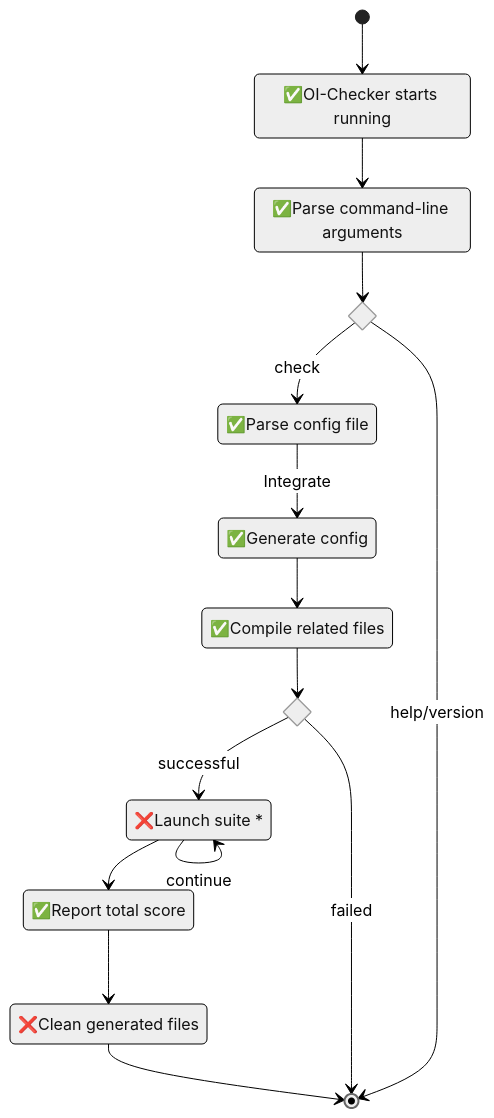
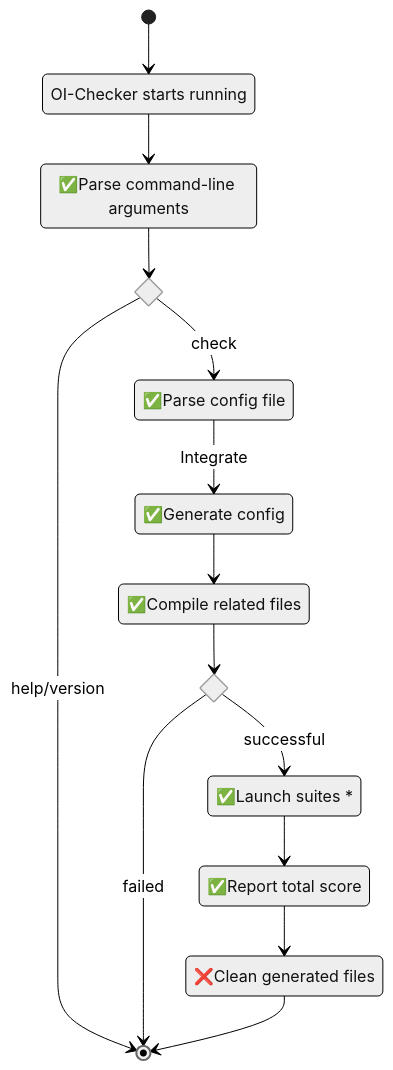
The diagram in state_diagrams/overview.mmd (cup113/oi_checker), drawn with Mermaid (neutral theme) before and after one commit. The commit also changed 17 other files, not shown here.

```diff
--- a/state_diagrams/overview.mmd
+++ b/state_diagrams/overview.mmd
@@ -1,26 +1,25 @@
 stateDiagram-v2
-    StartRunning : ✅OI-Checker starts running
+    StartRunning : OI-Checker starts running
     ParseCLA : ✅Parse command-line arguments
     state c_parse_cla <<choice>>
     ParseCF : ✅Parse config file
     GenerateCfg : ✅Generate config
     CompileRF : ✅Compile related files
     state c_compile_rf <<choice>>
-    LaunchSuite : ❌Launch suite *
+    LaunchSuites : ✅Launch suites *
     ReportTS : ✅Report total score
     CleanGF : ❌Clean generated files
 
     [*] --> StartRunning
     StartRunning --> ParseCLA
     ParseCLA --> c_parse_cla
     c_parse_cla --> ParseCF : check
     c_parse_cla --> [*] : help/version
     ParseCF --> GenerateCfg : Integrate
     GenerateCfg --> CompileRF
     CompileRF --> c_compile_rf
-    c_compile_rf --> LaunchSuite : successful
+    c_compile_rf --> LaunchSuites : successful
     c_compile_rf --> [*] : failed
-    LaunchSuite --> LaunchSuite : continue
-    LaunchSuite --> ReportTS
+    LaunchSuites --> ReportTS
     ReportTS --> CleanGF
     CleanGF --> [*]
```
